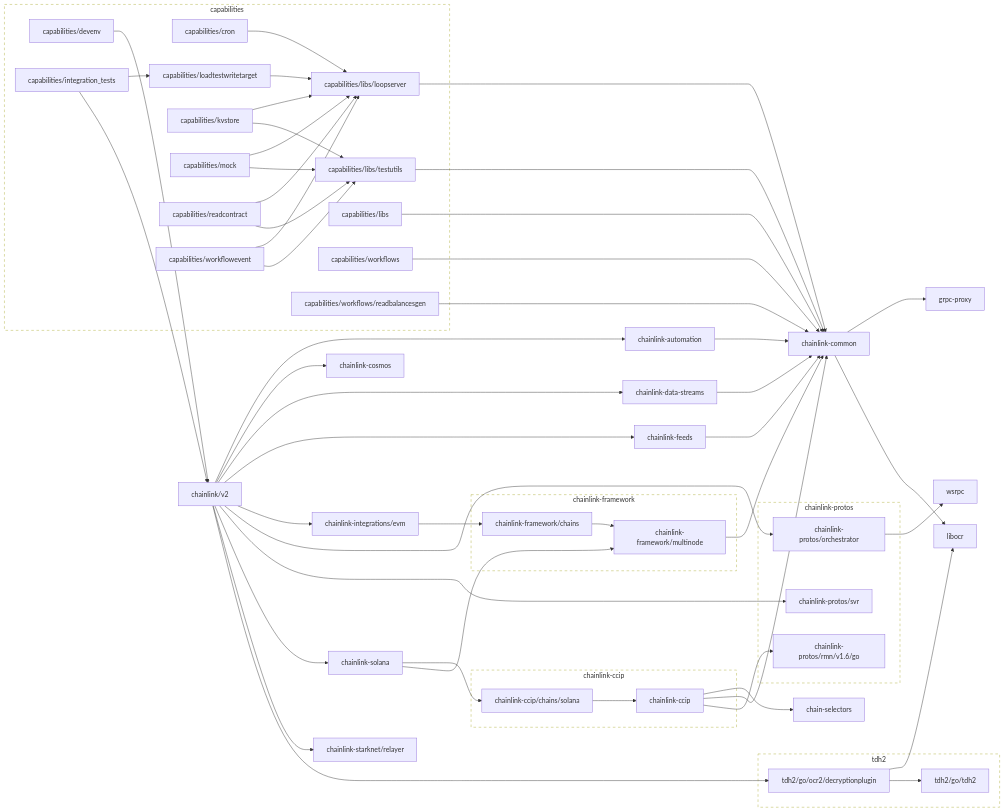
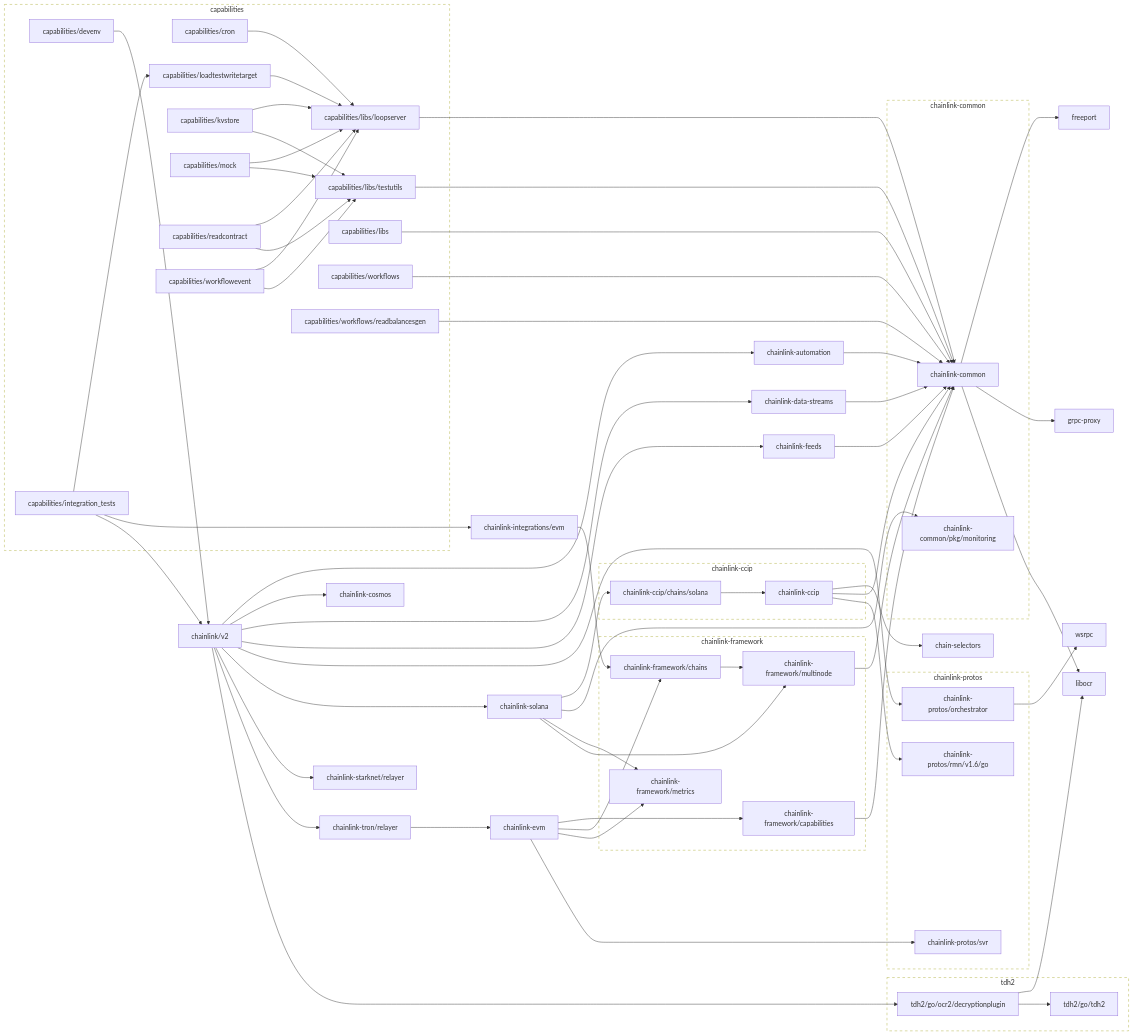
Before and after one commit to smartcontractkit/capabilities: the diagram in go.md, drawn with Mermaid. The commit also changed 11 other files, not shown here.

````diff
--- a/go.md
+++ b/go.md
@@ -7,6 +7,7 @@
 	capabilities/devenv --> chainlink/v2
 	click capabilities/devenv href "https://github.com/smartcontractkit/capabilities"
 	capabilities/integration_tests --> capabilities/loadtestwritetarget
+	capabilities/integration_tests --> chainlink-integrations/evm
 	capabilities/integration_tests --> chainlink/v2
 	click capabilities/integration_tests href "https://github.com/smartcontractkit/capabilities"
 	capabilities/kvstore --> capabilities/libs/loopserver
@@ -43,17 +44,29 @@
 	click chainlink-ccip href "https://github.com/smartcontractkit/chainlink-ccip"
 	chainlink-ccip/chains/solana --> chainlink-ccip
 	click chainlink-ccip/chains/solana href "https://github.com/smartcontractkit/chainlink-ccip"
+	chainlink-common --> freeport
 	chainlink-common --> grpc-proxy
 	chainlink-common --> libocr
 	click chainlink-common href "https://github.com/smartcontractkit/chainlink-common"
+	chainlink-common/pkg/monitoring
+	click chainlink-common/pkg/monitoring href "https://github.com/smartcontractkit/chainlink-common"
 	chainlink-cosmos
 	click chainlink-cosmos href "https://github.com/smartcontractkit/chainlink-cosmos"
 	chainlink-data-streams --> chainlink-common
 	click chainlink-data-streams href "https://github.com/smartcontractkit/chainlink-data-streams"
+	chainlink-evm --> chainlink-framework/capabilities
+	chainlink-evm --> chainlink-framework/chains
+	chainlink-evm --> chainlink-framework/metrics
+	chainlink-evm --> chainlink-protos/svr
+	click chainlink-evm href "https://github.com/smartcontractkit/chainlink-evm"
 	chainlink-feeds --> chainlink-common
 	click chainlink-feeds href "https://github.com/smartcontractkit/chainlink-feeds"
+	chainlink-framework/capabilities --> chainlink-common
+	click chainlink-framework/capabilities href "https://github.com/smartcontractkit/chainlink-framework"
 	chainlink-framework/chains --> chainlink-framework/multinode
 	click chainlink-framework/chains href "https://github.com/smartcontractkit/chainlink-framework"
+	chainlink-framework/metrics
+	click chainlink-framework/metrics href "https://github.com/smartcontractkit/chainlink-framework"
 	chainlink-framework/multinode --> chainlink-common
 	click chainlink-framework/multinode href "https://github.com/smartcontractkit/chainlink-framework"
 	chainlink-integrations/evm --> chainlink-framework/chains
@@ -65,21 +78,26 @@
 	chainlink-protos/svr
 	click chainlink-protos/svr href "https://github.com/smartcontractkit/chainlink-protos"
 	chainlink-solana --> chainlink-ccip/chains/solana
+	chainlink-solana --> chainlink-common/pkg/monitoring
+	chainlink-solana --> chainlink-framework/metrics
 	chainlink-solana --> chainlink-framework/multinode
 	click chainlink-solana href "https://github.com/smartcontractkit/chainlink-solana"
 	chainlink-starknet/relayer
 	click chainlink-starknet/relayer href "https://github.com/smartcontractkit/chainlink-starknet"
+	chainlink-tron/relayer --> chainlink-evm
+	click chainlink-tron/relayer href "https://github.com/smartcontractkit/chainlink-tron"
 	chainlink/v2 --> chainlink-automation
 	chainlink/v2 --> chainlink-cosmos
 	chainlink/v2 --> chainlink-data-streams
 	chainlink/v2 --> chainlink-feeds
-	chainlink/v2 --> chainlink-integrations/evm
 	chainlink/v2 --> chainlink-protos/orchestrator
-	chainlink/v2 --> chainlink-protos/svr
 	chainlink/v2 --> chainlink-solana
 	chainlink/v2 --> chainlink-starknet/relayer
+	chainlink/v2 --> chainlink-tron/relayer
 	chainlink/v2 --> tdh2/go/ocr2/decryptionplugin
 	click chainlink/v2 href "https://github.com/smartcontractkit/chainlink"
+	freeport
+	click freeport href "https://github.com/smartcontractkit/freeport"
 	grpc-proxy
 	click grpc-proxy href "https://github.com/smartcontractkit/grpc-proxy"
 	libocr
@@ -115,8 +133,16 @@
 	end
 	click chainlink-ccip-repo href "https://github.com/smartcontractkit/chainlink-ccip"
 
+	subgraph chainlink-common-repo[chainlink-common]
+		 chainlink-common
+		 chainlink-common/pkg/monitoring
+	end
+	click chainlink-common-repo href "https://github.com/smartcontractkit/chainlink-common"
+
 	subgraph chainlink-framework-repo[chainlink-framework]
+		 chainlink-framework/capabilities
 		 chainlink-framework/chains
+		 chainlink-framework/metrics
 		 chainlink-framework/multinode
 	end
 	click chainlink-framework-repo href "https://github.com/smartcontractkit/chainlink-framework"
@@ -135,5 +161,5 @@
 	click tdh2-repo href "https://github.com/smartcontractkit/tdh2"
 
 	classDef outline stroke-dasharray:6,fill:none;
-	class capabilities-repo,chainlink-ccip-repo,chainlink-framework-repo,chainlink-protos-repo,tdh2-repo outline
+	class capabilities-repo,chainlink-ccip-repo,chainlink-common-repo,chainlink-framework-repo,chainlink-protos-repo,tdh2-repo outline
 ```
````
